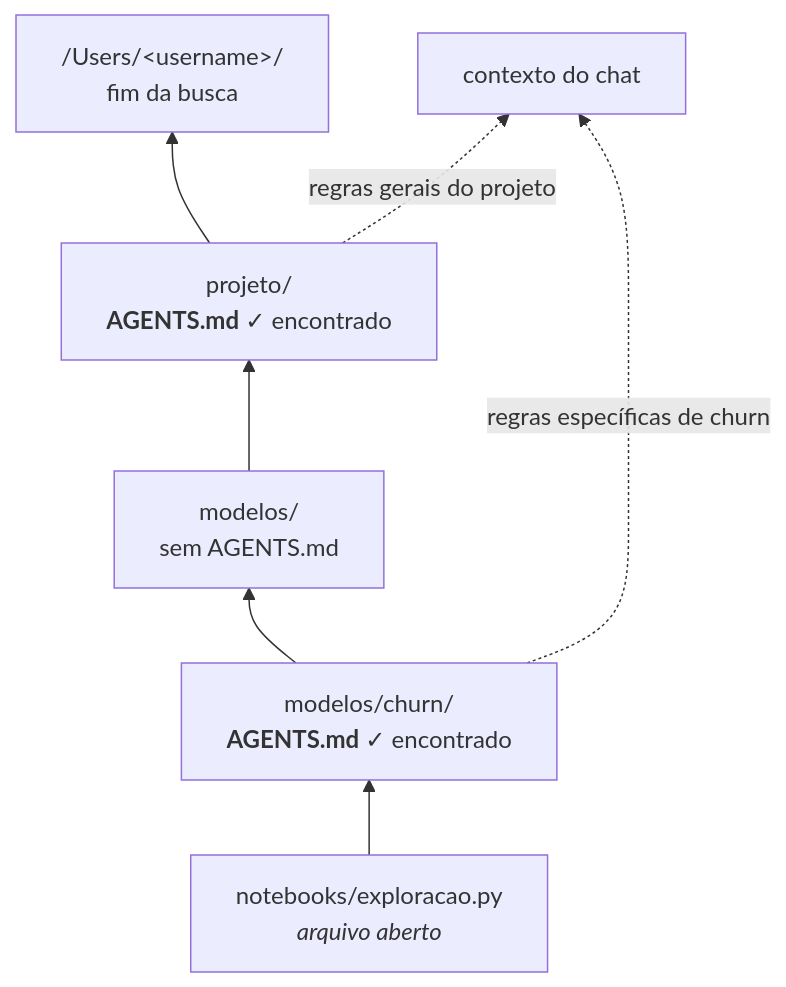
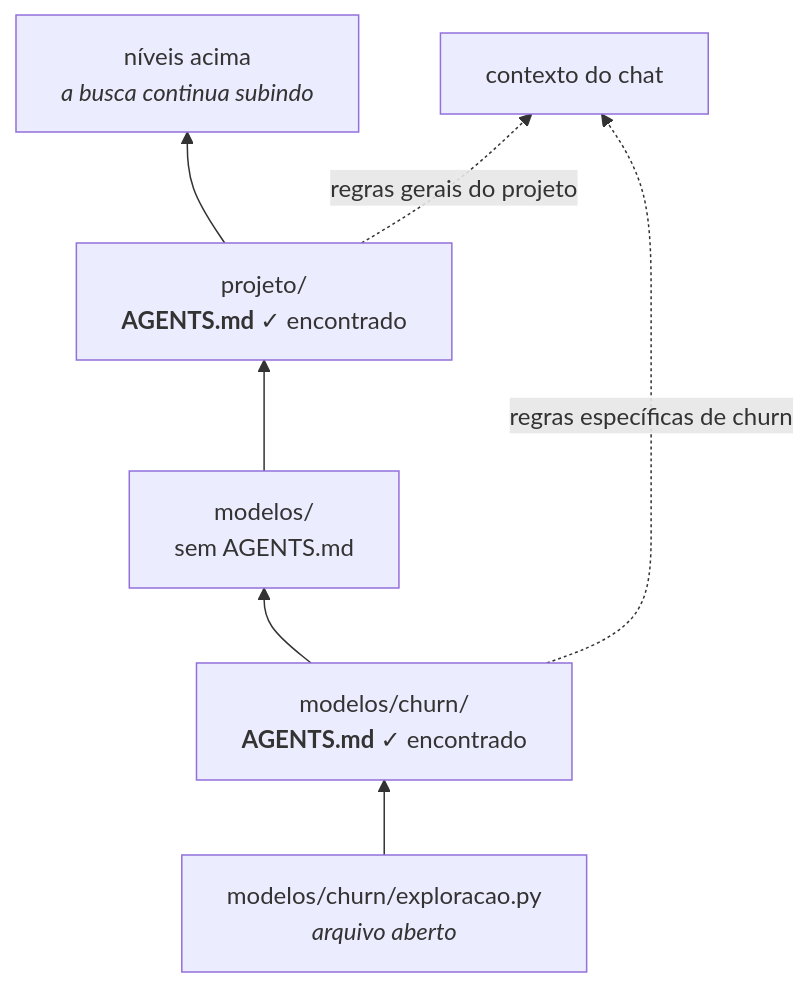
Before and after one commit to Guimarais-R-Rodrigo/Ambiente_Databricks: the diagram in Novo_Ambiente_Simulado/Users/guimarais.r.rodrigo@gmail.com/.assistant/x_projects/README.md, drawn with Mermaid. The commit also changed other lines of this file and 15 other files, not shown here.

````diff
--- a/Novo_Ambiente_Simulado/Users/guimarais.r.rodrigo@gmail.com/.assistant/x_projects/README.md
+++ b/Novo_Ambiente_Simulado/Users/guimarais.r.rodrigo@gmail.com/.assistant/x_projects/README.md
@@ -36,11 +36,11 @@
 ```mermaid
 flowchart BT
-  N["notebooks/exploracao.py<br/><i>arquivo aberto</i>"]
+  N["modelos/churn/exploracao.py<br/><i>arquivo aberto</i>"]
   D1["modelos/churn/<br/><b>AGENTS.md</b> ✓ encontrado"]
   D2["modelos/<br/>sem AGENTS.md"]
   D3["projeto/<br/><b>AGENTS.md</b> ✓ encontrado"]
-  D4["/Users/&lt;username&gt;/<br/>fim da busca"]
+  D4["níveis acima<br/><i>a busca continua subindo</i>"]
   N --> D1 --> D2 --> D3 --> D4
   D1 -.->|"regras específicas de churn"| C["contexto do chat"]
   D3 -.->|"regras gerais do projeto"| C
 ```
````
